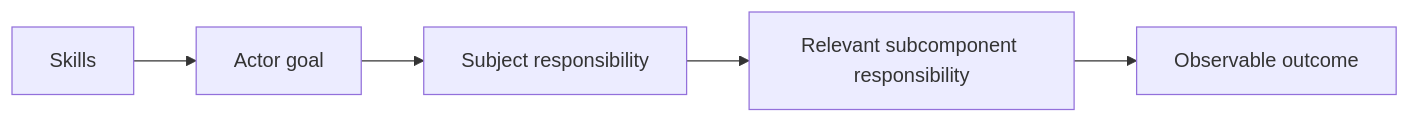
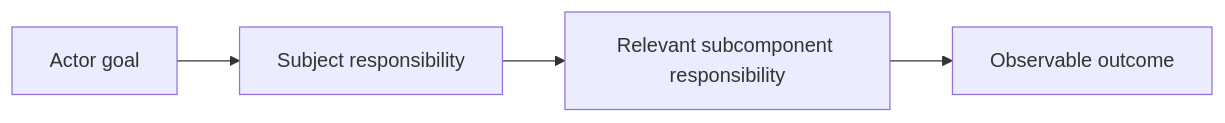
The diagram in skills/designing-mermaid-diagrams/as-is.md (abstract-business-systems/as-is), drawn with Mermaid before and after one commit. The commit also changed other lines of this file and 51 other files, not shown here.

Commit message:
docs(as-is): improve hierarchical architecture documentation

````diff
--- a/skills/designing-mermaid-diagrams/as-is.md
+++ b/skills/designing-mermaid-diagrams/as-is.md
@@ -16,8 +19,6 @@
 ```mermaid
 flowchart LR
-    Parent[Skills] --> ACTOR[Actor goal] --> SUBJECT[Subject responsibility]
-    SUBJECT --> CHILD[Relevant subcomponent responsibility]
-    CHILD --> OUTCOME[Observable outcome]
-
-    click Parent href "../as-is.md#design" "Open Skills design"
+    ACTOR["Actor goal"] --> SUBJECT["Subject responsibility"]
+    SUBJECT --> CHILD["Relevant subcomponent responsibility"]
+    CHILD --> OUTCOME["Observable outcome"]
 ```
````
